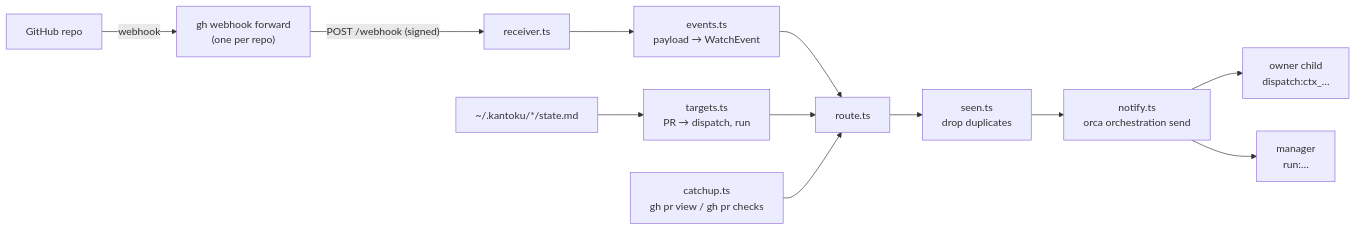
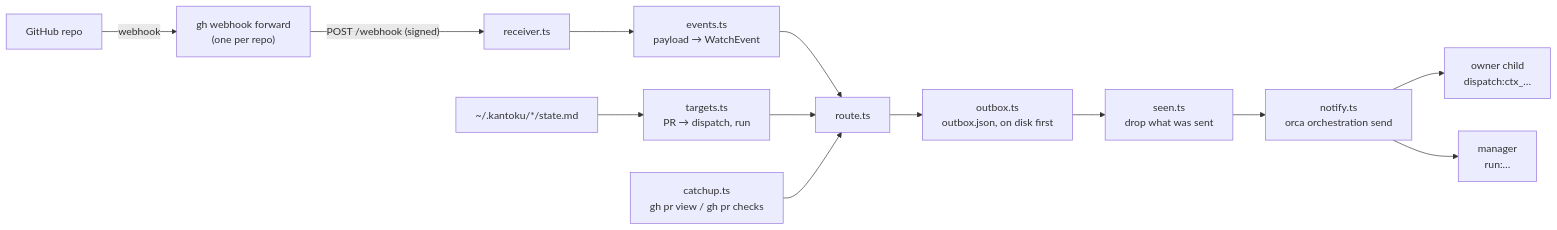
One commit to takaaaaaan/kantoku changed the diagram in docs/specs/2026-11-18-kantoku-watch-design.md. Above: the diagram before and after it, drawn with Mermaid. The commit also changed other lines of this file and 13 other files, not shown here.

First line of the commit message:
♻️ refactor(watch): 未送信の知らせを送信箱(outbox.json)に分け、消す場所を1か所にする

````diff
--- a/docs/specs/2026-11-18-kantoku-watch-design.md
+++ b/docs/specs/2026-11-18-kantoku-watch-design.md
@@ -56,14 +56,15 @@
 ```mermaid
 flowchart LR
   GH[GitHub repo] -- webhook --> FWD["gh webhook forward<br/>(one per repo)"]
   FWD -- "POST /webhook (signed)" --> RCV[receiver.ts]
   RCV --> EV[events.ts<br/>payload → WatchEvent]
   ST["~/.kantoku/*/state.md"] --> TG[targets.ts<br/>PR → dispatch, run]
   EV --> RT[route.ts]
   TG --> RT
-  RT --> SEEN[seen.ts<br/>drop duplicates]
+  RT --> OB[outbox.ts<br/>outbox.json, on disk first]
+  OB --> SEEN[seen.ts<br/>drop what was sent]
   SEEN --> NT[notify.ts<br/>orca orchestration send]
   NT --> CHILD[owner child<br/>dispatch:ctx_…]
   NT --> MGR[manager<br/>run:…]
   CU[catchup.ts<br/>gh pr view / gh pr checks] --> RT
 ```
````
